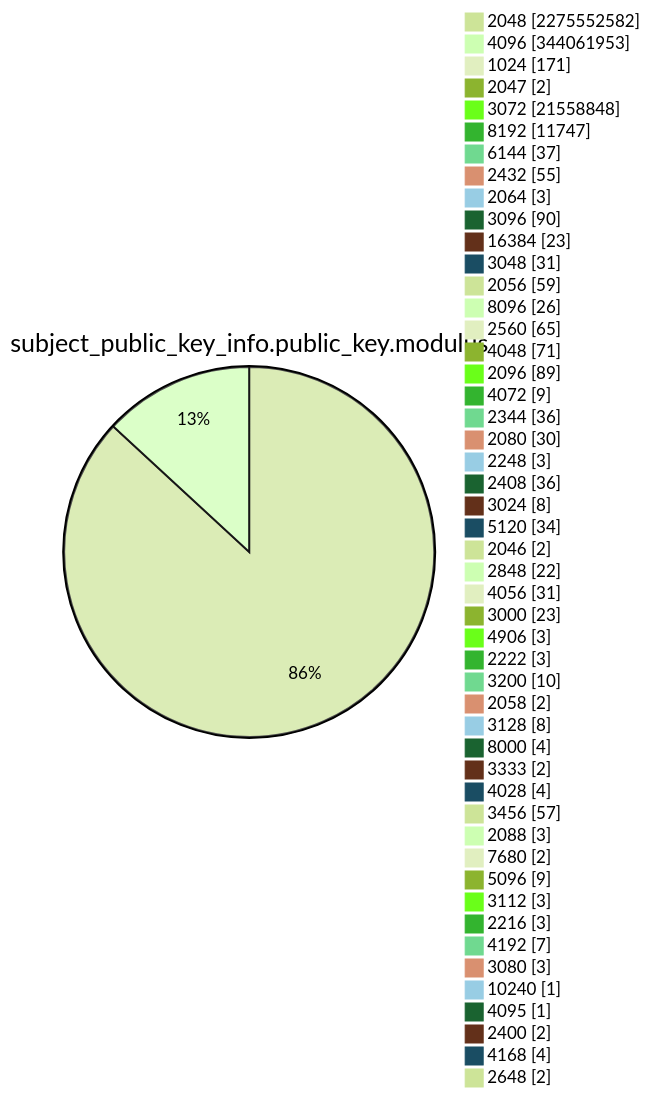
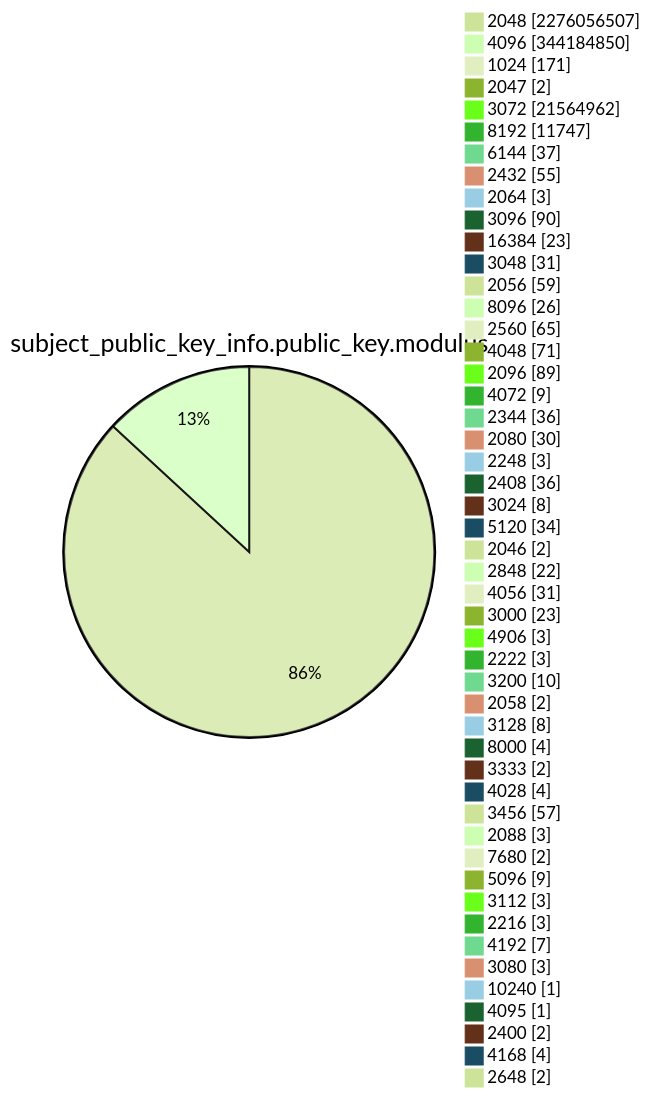
Diagram 13 of 15 in TOTAL/README.md (christiankrug/ctmonitor_visualization), drawn with Mermaid (forest theme) before and after one commit. The commit also changed other lines of this file, not shown here.

````diff
--- a/TOTAL/README.md
+++ b/TOTAL/README.md
@@ -4165,53 +4165,53 @@
 ```mermaid
 pie showData
 title subject_public_key_info.public_key.modulus
-"2048" :2275552582
-"4096" :344061953
+"2048" :2276056507
+"4096" :344184850
 "1024" :171
 "2047" :2
-"3072" :21558848
+"3072" :21564962
 "8192" :11747
 "6144" :37
 "2432" :55
 "2064" :3
 "3096" :90
 "16384" :23
 "3048" :31
 "2056" :59
 "8096" :26
 "2560" :65
 "4048" :71
 "2096" :89
 "4072" :9
 "2344" :36
 "2080" :30
 "2248" :3
 "2408" :36
 "3024" :8
 "5120" :34
 "2046" :2
 "2848" :22
 "4056" :31
 "3000" :23
 "4906" :3
 "2222" :3
 "3200" :10
 "2058" :2
 "3128" :8
 "8000" :4
 "3333" :2
 "4028" :4
 "3456" :57
 "2088" :3
 "7680" :2
 "5096" :9
 "3112" :3
 "2216" :3
 "4192" :7
 "3080" :3
 "10240" :1
 "4095" :1
 "2400" :2
 "4168" :4
 "2648" :2
 ```
````
